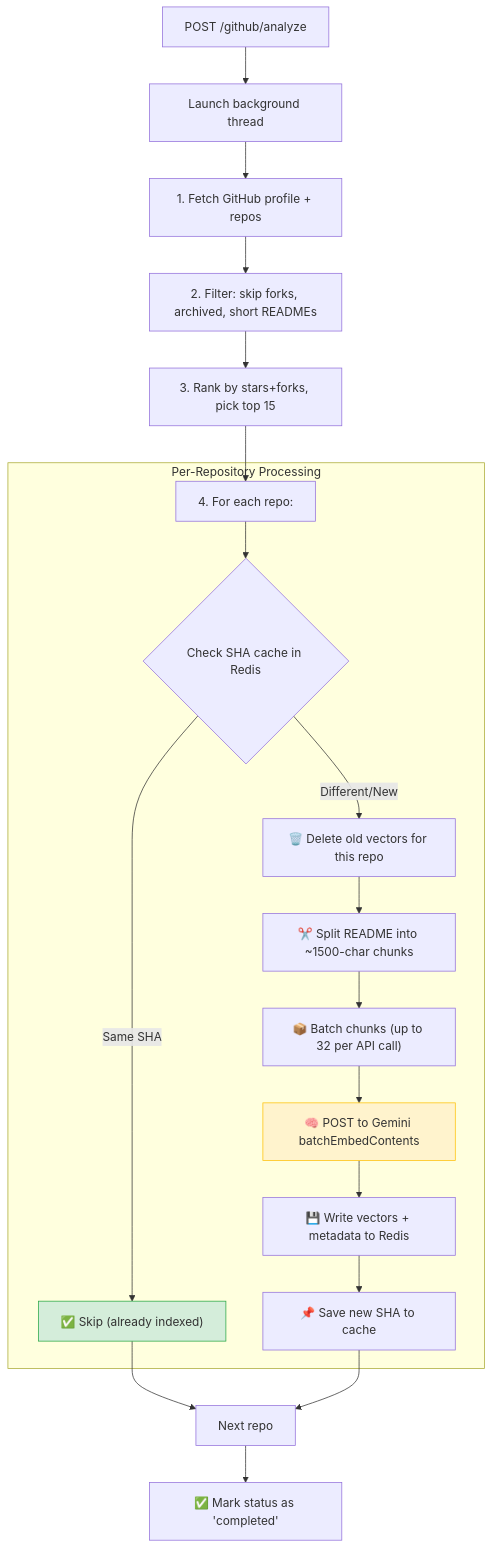
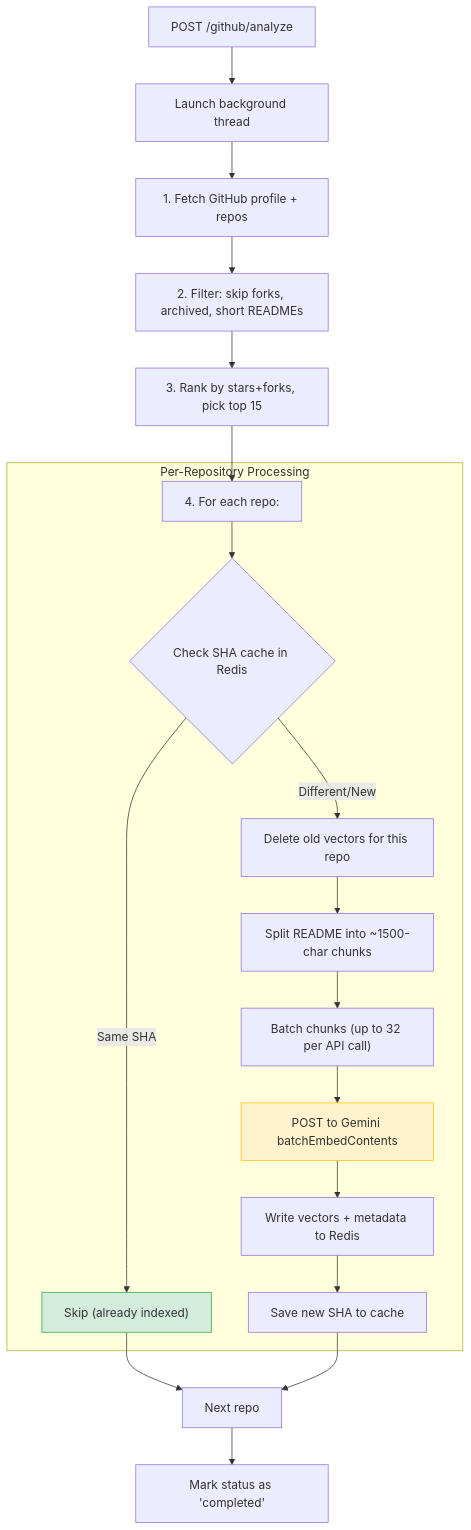
One commit to mujeebmasi/redis-rag changed the fifth of 7 diagrams in README.md. Above: the diagram before and after it, drawn with Mermaid. The commit also changed other lines of this file, not shown here.

````diff
--- a/README.md
+++ b/README.md
@@ -334,26 +334,26 @@
 ```mermaid
 graph TD
     Start["POST /github/analyze"] --> BG["Launch background thread"]
     BG --> Fetch["1. Fetch GitHub profile + repos"]
     Fetch --> Filter["2. Filter: skip forks, archived, short READMEs"]
     Filter --> Rank["3. Rank by stars+forks, pick top 15"]
     Rank --> Loop["4. For each repo:"]
 
     subgraph PerRepo["Per-Repository Processing"]
         Loop --> SHA{"Check SHA cache in Redis"}
-        SHA -->|"Same SHA"| Skip["✅ Skip (already indexed)"]
-        SHA -->|"Different/New"| Clean["🗑️ Delete old vectors for this repo"]
-        Clean --> Chunk["✂️ Split README into ~1500-char chunks"]
-        Chunk --> Batch["📦 Batch chunks (up to 32 per API call)"]
-        Batch --> Embed["🧠 POST to Gemini batchEmbedContents"]
-        Embed --> Store["💾 Write vectors + metadata to Redis"]
-        Store --> Cache["📌 Save new SHA to cache"]
+        SHA -->|"Same SHA"| Skip["Skip (already indexed)"]
+        SHA -->|"Different/New"| Clean["Delete old vectors for this repo"]
+        Clean --> Chunk["Split README into ~1500-char chunks"]
+        Chunk --> Batch["Batch chunks (up to 32 per API call)"]
+        Batch --> Embed["POST to Gemini batchEmbedContents"]
+        Embed --> Store["Write vectors + metadata to Redis"]
+        Store --> Cache["Save new SHA to cache"]
     end
 
     Skip --> Next["Next repo"]
     Cache --> Next
-    Next --> Done["✅ Mark status as 'completed'"]
+    Next --> Done["Mark status as 'completed'"]
 
     style Skip fill:#d4edda,stroke:#28a745
     style Embed fill:#fff3cd,stroke:#ffc107
 ```
````
